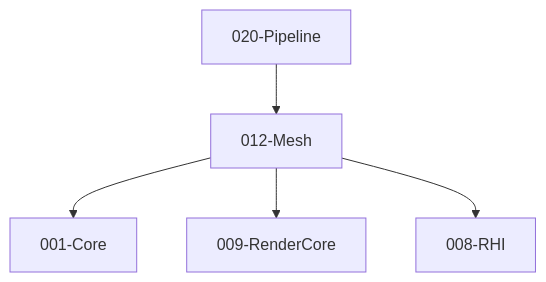
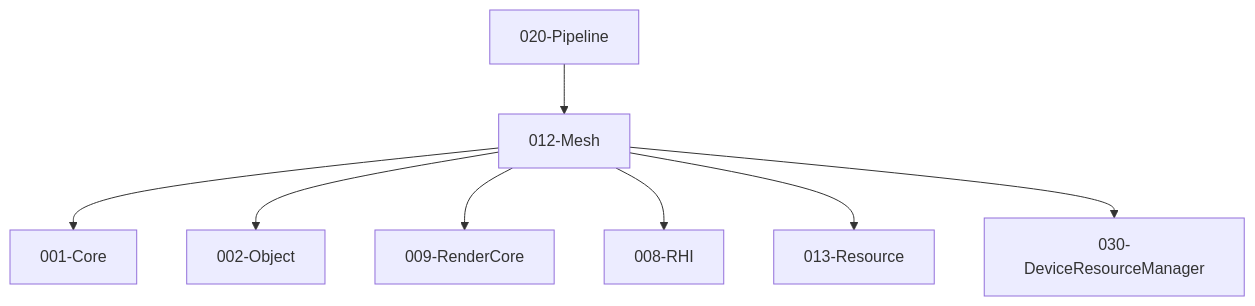
One commit to liangz0707/TenEngine changed the second of 2 diagrams in docs/module-specs/012-mesh.md. Above: the diagram before and after it, drawn with Mermaid. The commit also changed other lines of this file and 184 other files, not shown here.

Commit message:
refactor(012-mesh): 瀹屾暣閲嶆瀯 mesh 妯″潡 - 瀹炵幇 MeshResource 璧勬簮绠＄悊銆佸悓姝?寮傛 GPU 璧勬簮鍒涘缓銆佸鏍煎紡瀵煎叆鍣ㄣ€佺被鍨嬫敞鍐屻€佹祴璇曟鏋讹紝鏇存柊 ABI/API 鏂囨。

````diff
--- a/docs/module-specs/012-mesh.md
+++ b/docs/module-specs/012-mesh.md
@@ -68,12 +72,18 @@
 ```mermaid
 flowchart TB
   Core[001-Core]
+  Object[002-Object]
   RC[009-RenderCore]
   RHI[008-RHI]
+  Res[013-Resource]
+  DRM[030-DeviceResourceManager]
   Mesh[012-Mesh]
   Pi[020-Pipeline]
   Mesh --> Core
+  Mesh --> Object
   Mesh --> RC
   Mesh --> RHI
+  Mesh --> Res
+  Mesh --> DRM
   Pi --> Mesh
 ```
````
